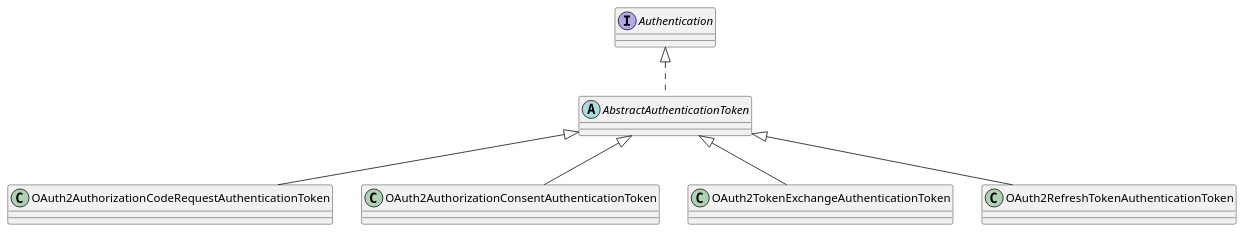
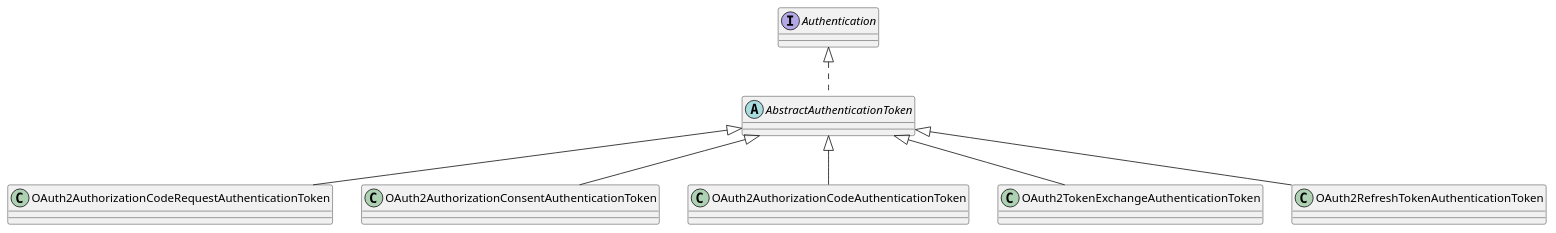
Before and after one commit to forever1986/oauth2-study: the diagram in lesson04/src/main/resources/Authentication.puml, drawn with PlantUML. The commit also changed 2 other files, not shown here.

```diff
--- a/lesson04/src/main/resources/Authentication.puml
+++ b/lesson04/src/main/resources/Authentication.puml
@@ -1,19 +1,21 @@
 @startuml
 'https://plantuml.com/class-diagram
 
 interface Authentication
 abstract class AbstractAuthenticationToken
 class OAuth2AuthorizationCodeRequestAuthenticationToken
 class OAuth2AuthorizationConsentAuthenticationToken
+class OAuth2AuthorizationCodeAuthenticationToken
 class OAuth2TokenExchangeAuthenticationToken
 class OAuth2RefreshTokenAuthenticationToken
 
 Authentication <|.. AbstractAuthenticationToken
 AbstractAuthenticationToken <|-- OAuth2AuthorizationCodeRequestAuthenticationToken
 AbstractAuthenticationToken <|-- OAuth2AuthorizationConsentAuthenticationToken
+AbstractAuthenticationToken <|-- OAuth2AuthorizationCodeAuthenticationToken
 AbstractAuthenticationToken <|-- OAuth2TokenExchangeAuthenticationToken
 AbstractAuthenticationToken <|-- OAuth2RefreshTokenAuthenticationToken
 
 
 
 @enduml
```
